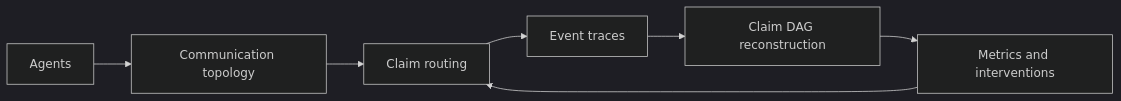
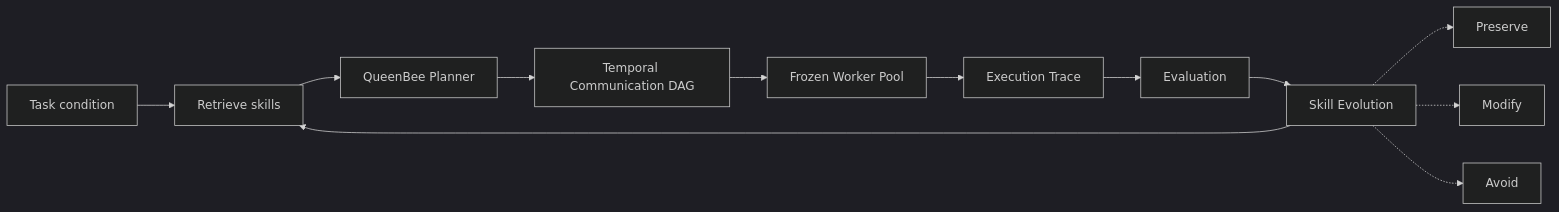
Before and after one commit to RobinTian-7/QueenBeePlanner: the diagram in README.md, drawn with Mermaid (dark theme). The commit also changed other lines of this file, not shown here.

````diff
--- a/README.md
+++ b/README.md
@@ -33,9 +44,15 @@
 ```mermaid
 flowchart LR
-    A[Agents] --> B[Communication topology]
-    B --> C[Claim routing]
-    C --> D[Event traces]
-    D --> E[Claim DAG reconstruction]
-    E --> F[Metrics and interventions]
-    F --> C
+    A[Task condition] --> B[Retrieve skills]
+    B --> C[QueenBee Planner]
+    C --> D[Temporal Communication DAG]
+    D --> E[Frozen Worker Pool]
+    E --> F[Execution Trace]
+    F --> G[Evaluation]
+    G --> H[Skill Evolution]
+    H --> B
+
+    H -.-> I[Preserve]
+    H -.-> J[Modify]
+    H -.-> K[Avoid]
 ```
````
